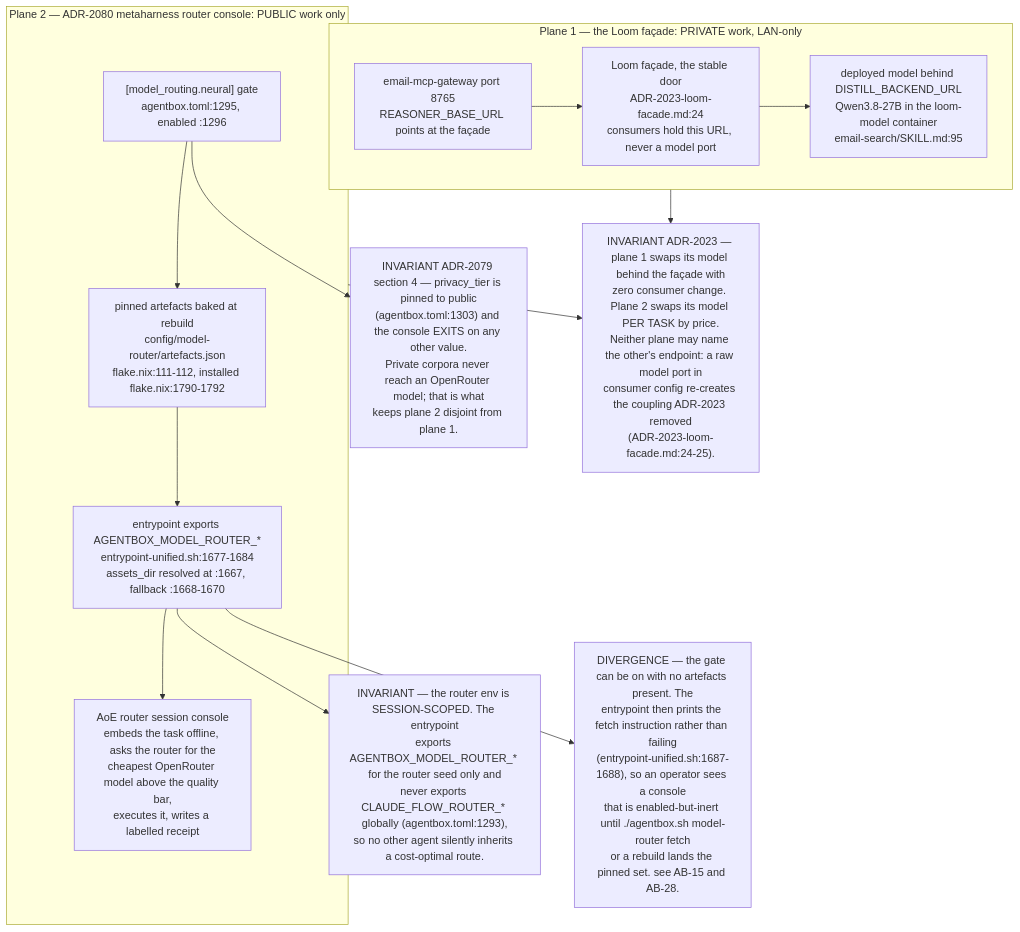
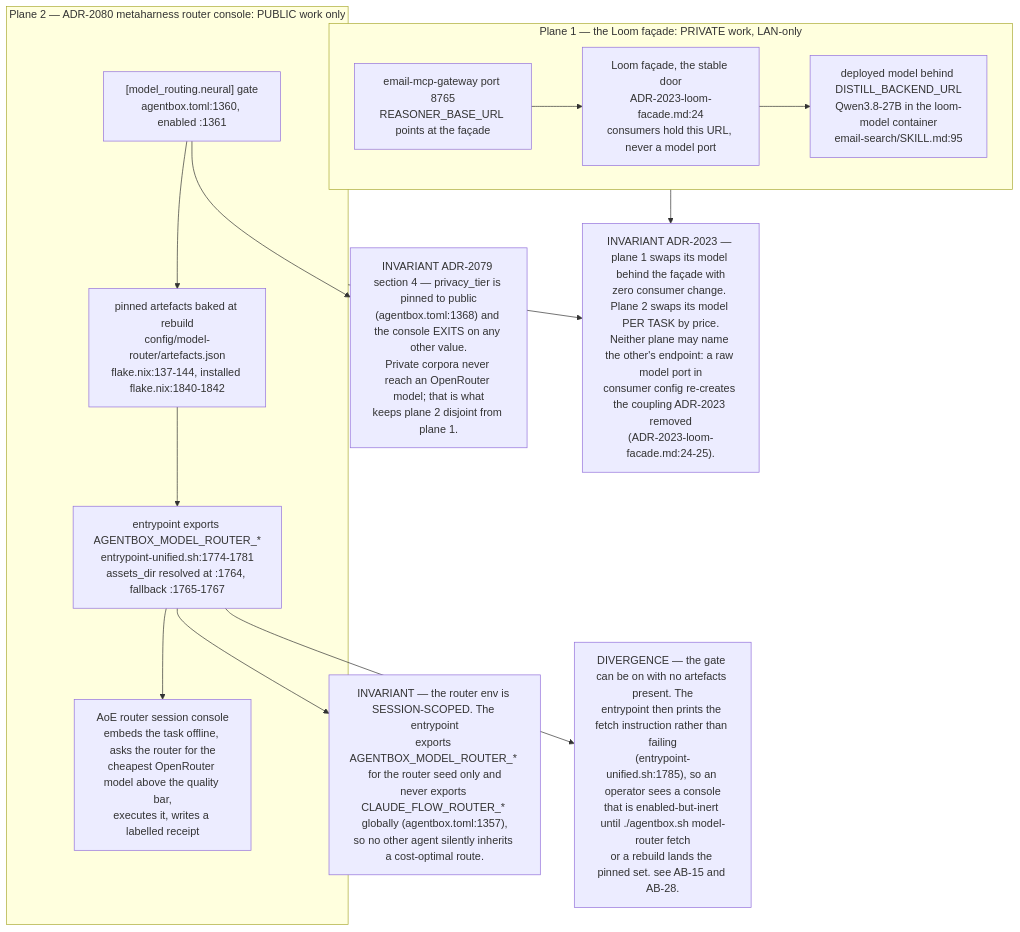
Before and after one commit to DreamLab-AI/VisionFlow: the tenth of 11 diagrams in docs/diagrams/estate/06-loom-and-email-privacy-path.md, drawn with Mermaid. The commit also changed other lines of this file and 136 other files, not shown here.

First line of the commit message:
docs(diagrams): refresh the whole corpus to code HEAD and prune low-value diagrams

````diff
--- a/docs/diagrams/estate/06-loom-and-email-privacy-path.md
+++ b/docs/diagrams/estate/06-loom-and-email-privacy-path.md
@@ -330,29 +330,29 @@
 ```mermaid
 flowchart TB
     subgraph PRIV["Plane 1 — the Loom façade: PRIVATE work, LAN-only"]
         FAC["Loom façade, the stable door<br/>ADR-2023-loom-facade.md:24<br/>consumers hold this URL, never a model port"]
         MDL["deployed model behind DISTILL_BACKEND_URL<br/>Qwen3.8-27B in the loom-model container<br/>email-search/SKILL.md:95"]
         MAIL["email-mcp-gateway port 8765<br/>REASONER_BASE_URL points at the façade"]
         FAC --> MDL
         MAIL --> FAC
     end
 
     subgraph PUB["Plane 2 — ADR-2080 metaharness router console: PUBLIC work only"]
-        GATE["[model_routing.neural] gate<br/>agentbox.toml:1295, enabled :1296"]
-        ART["pinned artefacts baked at rebuild<br/>config/model-router/artefacts.json<br/>flake.nix:111-112, installed flake.nix:1790-1792"]
-        ENV["entrypoint exports AGENTBOX_MODEL_ROUTER_*<br/>entrypoint-unified.sh:1677-1684<br/>assets_dir resolved at :1667, fallback :1668-1670"]
+        GATE["[model_routing.neural] gate<br/>agentbox.toml:1360, enabled :1361"]
+        ART["pinned artefacts baked at rebuild<br/>config/model-router/artefacts.json<br/>flake.nix:137-144, installed flake.nix:1840-1842"]
+        ENV["entrypoint exports AGENTBOX_MODEL_ROUTER_*<br/>entrypoint-unified.sh:1774-1781<br/>assets_dir resolved at :1764, fallback :1765-1767"]
         CON["AoE router session console<br/>embeds the task offline, asks the router for the<br/>cheapest OpenRouter model above the quality bar,<br/>executes it, writes a labelled receipt"]
         GATE --> ART --> ENV --> CON
     end
 
-    INV1["INVARIANT ADR-2079 section 4 — privacy_tier is pinned to public<br/>(agentbox.toml:1303) and the console EXITS on any other value.<br/>Private corpora never reach an OpenRouter model; that is what<br/>keeps plane 2 disjoint from plane 1."]
-    INV2["INVARIANT — the router env is SESSION-SCOPED. The entrypoint<br/>exports AGENTBOX_MODEL_ROUTER_* for the router seed only and<br/>never exports CLAUDE_FLOW_ROUTER_* globally (agentbox.toml:1293),<br/>so no other agent silently inherits a cost-optimal route."]
+    INV1["INVARIANT ADR-2079 section 4 — privacy_tier is pinned to public<br/>(agentbox.toml:1368) and the console EXITS on any other value.<br/>Private corpora never reach an OpenRouter model; that is what<br/>keeps plane 2 disjoint from plane 1."]
+    INV2["INVARIANT — the router env is SESSION-SCOPED. The entrypoint<br/>exports AGENTBOX_MODEL_ROUTER_* for the router seed only and<br/>never exports CLAUDE_FLOW_ROUTER_* globally (agentbox.toml:1357),<br/>so no other agent silently inherits a cost-optimal route."]
     INV3["INVARIANT ADR-2023 — plane 1 swaps its model behind the façade with<br/>zero consumer change. Plane 2 swaps its model PER TASK by price.<br/>Neither plane may name the other's endpoint: a raw model port in<br/>consumer config re-creates the coupling ADR-2023 removed<br/>(ADR-2023-loom-facade.md:24-25)."]
-    DEG["DIVERGENCE — the gate can be on with no artefacts present. The<br/>entrypoint then prints the fetch instruction rather than failing<br/>(entrypoint-unified.sh:1687-1688), so an operator sees a console<br/>that is enabled-but-inert until ./agentbox.sh model-router fetch<br/>or a rebuild lands the pinned set. see AB-15 and AB-28."]
+    DEG["DIVERGENCE — the gate can be on with no artefacts present. The<br/>entrypoint then prints the fetch instruction rather than failing<br/>(entrypoint-unified.sh:1785), so an operator sees a console<br/>that is enabled-but-inert until ./agentbox.sh model-router fetch<br/>or a rebuild lands the pinned set. see AB-15 and AB-28."]
 
     PRIV --> INV3
     PUB --> INV3
     GATE --> INV1
     ENV --> INV2
     ENV --> DEG
 ```
````
